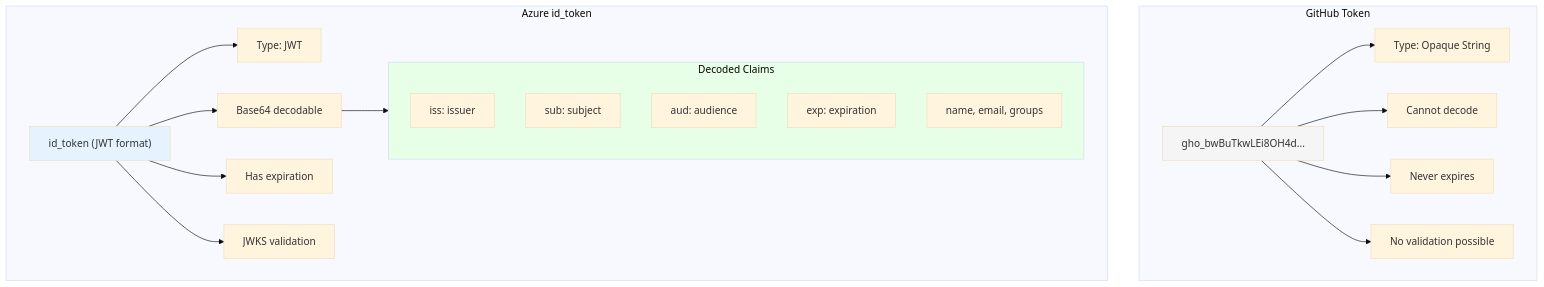
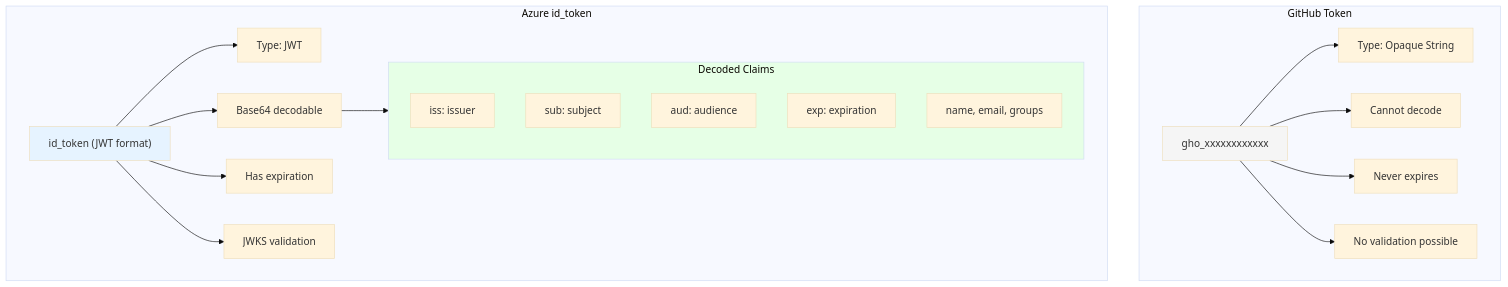
One commit to ArunN07/oidc_oauth2_implementation changed diagram 28 of 30 in README.md. Above: the diagram before and after it, drawn with Mermaid (base theme).

````diff
--- a/README.md
+++ b/README.md
@@ -1816,31 +1816,31 @@
 ```mermaid
 graph TB
     subgraph GitHub["GitHub Token"]
-        GT["gho_bwBuTkwLEi8OH4d..."]
+        GT["gho_xxxxxxxxxxxx"]
         GT --> GT1["Type: Opaque String"]
         GT --> GT2["Cannot decode"]
         GT --> GT3["Never expires"]
         GT --> GT4["No validation possible"]
     end
     
     subgraph Azure["Azure id_token"]
         AT["id_token (JWT format)"]
         AT --> AT1["Type: JWT"]
         AT --> AT2["Base64 decodable"]
         AT --> AT3["Has expiration"]
         AT --> AT4["JWKS validation"]
         
         AT2 --> Claims
         subgraph Claims["Decoded Claims"]
             C1["iss: issuer"]
             C2["sub: subject"]
             C3["aud: audience"]
             C4["exp: expiration"]
             C5["name, email, groups"]
         end
     end
     
     style GT fill:#f5f5f5
     style AT fill:#e6f3ff
     style Claims fill:#e6ffe6
 ```
````
